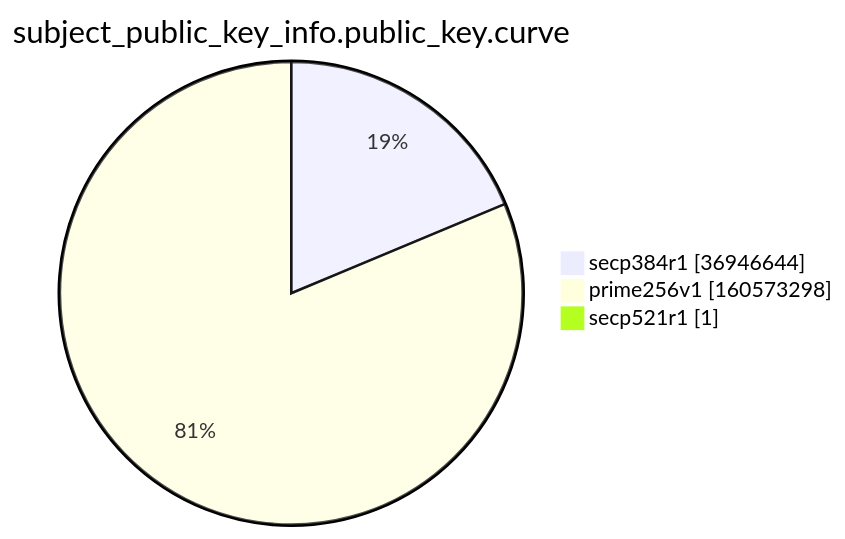
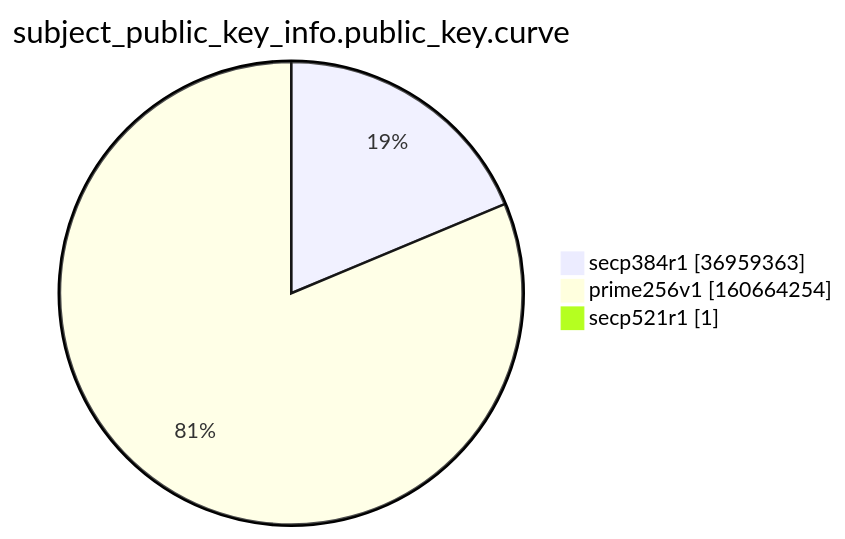
One commit to christiankrug/ctmonitor_visualization changed the ninth of 15 diagrams in argon2022/README.md. Above: the diagram before and after it, drawn with Mermaid. The commit also changed other lines of this file, not shown here.

````diff
--- a/argon2022/README.md
+++ b/argon2022/README.md
@@ -2766,7 +2766,7 @@
 ```mermaid
 pie showData
 title subject_public_key_info.public_key.curve
-"secp384r1" :36946644
-"prime256v1" :160573298
+"secp384r1" :36959363
+"prime256v1" :160664254
 "secp521r1" :1
 ```
````
